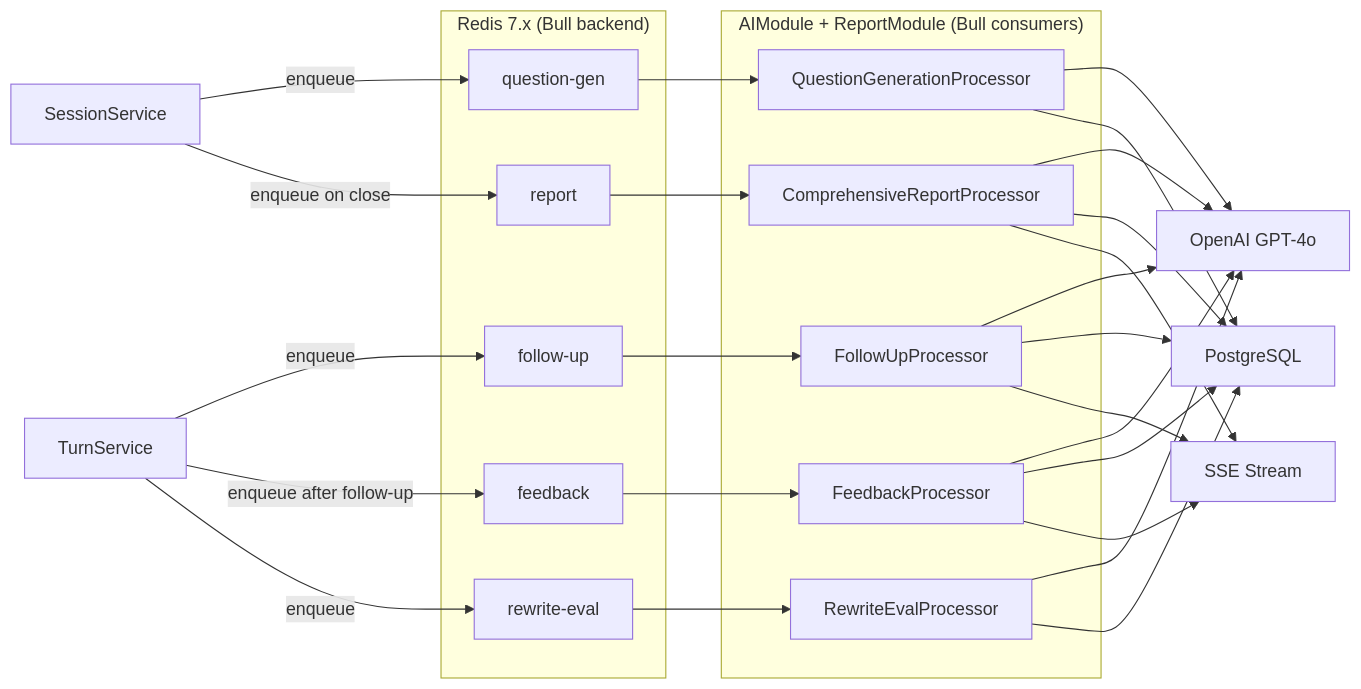
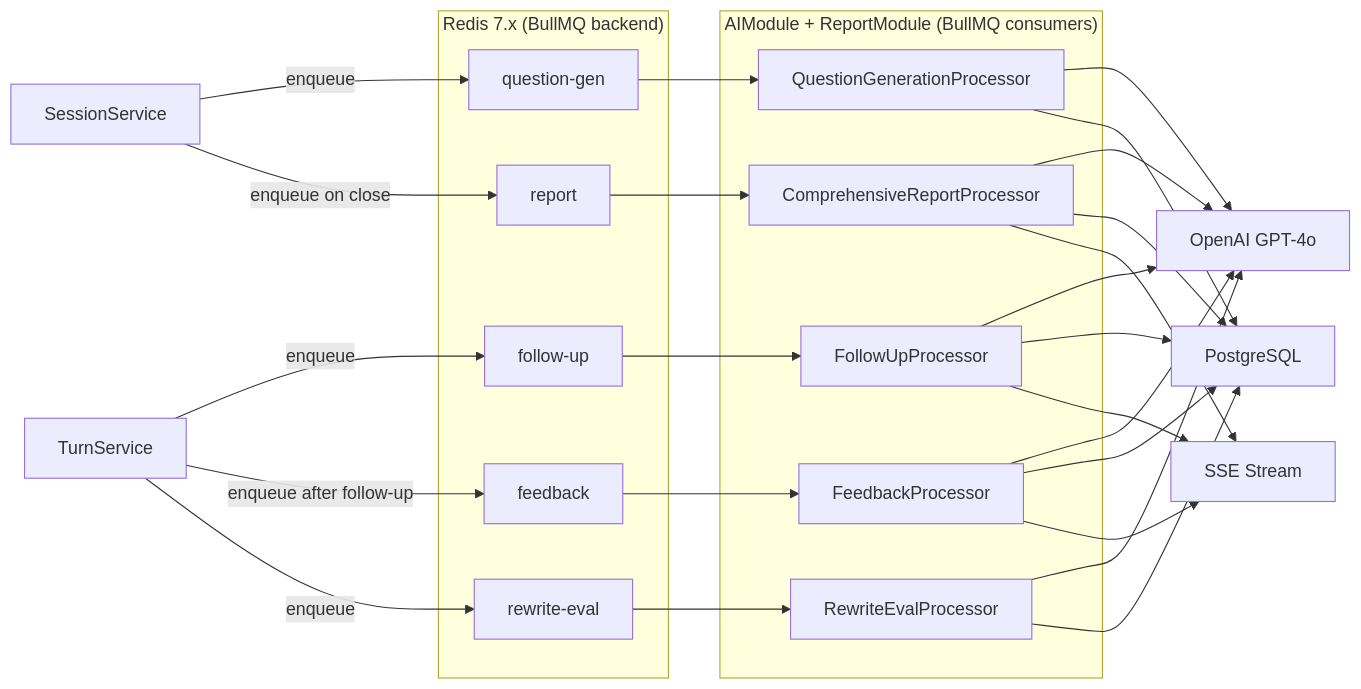
The eighth of 11 diagrams in docs/Design/ArchitecturalDesign/HLD_InterviewAI_v1.0.md (lethanhan01/interview-coach), drawn with Mermaid before and after one commit. The commit also changed other lines of this file and 8 other files, not shown here.

````diff
--- a/docs/Design/ArchitecturalDesign/HLD_InterviewAI_v1.0.md
+++ b/docs/Design/ArchitecturalDesign/HLD_InterviewAI_v1.0.md
@@ -589,41 +592,41 @@
 ```mermaid
 flowchart LR
     SS["SessionService"]
     TS["TurnService"]
 
-    subgraph Redis["Redis 7.x (Bull backend)"]
+    subgraph Redis["Redis 7.x (BullMQ backend)"]
         Q1["question-gen"]
         Q2["follow-up"]
         Q3["feedback"]
         Q4["rewrite-eval"]
         Q5["report"]
     end
 
-    subgraph Processors["AIModule + ReportModule (Bull consumers)"]
+    subgraph Processors["AIModule + ReportModule (BullMQ consumers)"]
         P1["QuestionGenerationProcessor"]
         P2["FollowUpProcessor"]
         P3["FeedbackProcessor"]
         P4["RewriteEvalProcessor"]
         P5["ComprehensiveReportProcessor"]
     end
 
     OpenAI["OpenAI GPT-4o"]
     DB["PostgreSQL"]
     SSE["SSE Stream"]
 
     SS -->|enqueue| Q1
     SS -->|enqueue on close| Q5
     TS -->|enqueue| Q2
     TS -->|enqueue after follow-up| Q3
     TS -->|enqueue| Q4
 
     Q1 --> P1
     Q2 --> P2
     Q3 --> P3
     Q4 --> P4
     Q5 --> P5
 
     P1 & P2 & P3 & P4 & P5 --> OpenAI
     P1 & P2 & P3 & P4 & P5 --> DB
     P2 & P3 & P5 --> SSE
 ```
````
